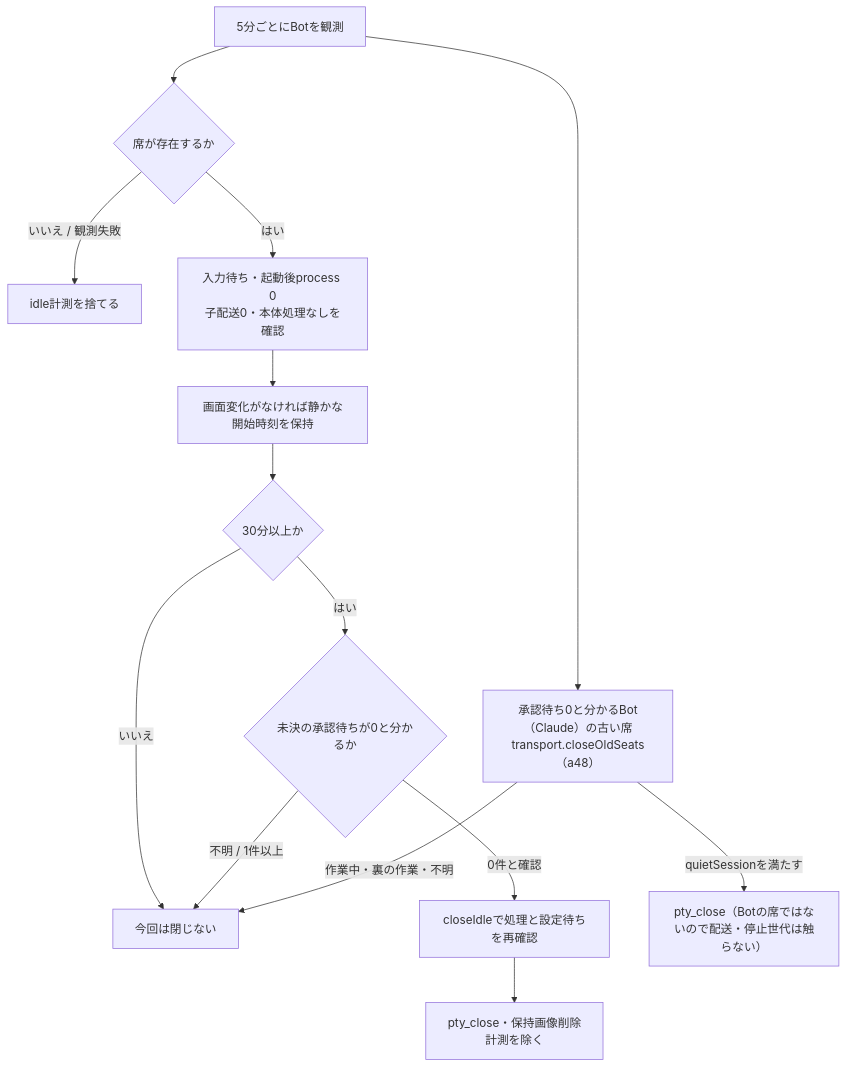
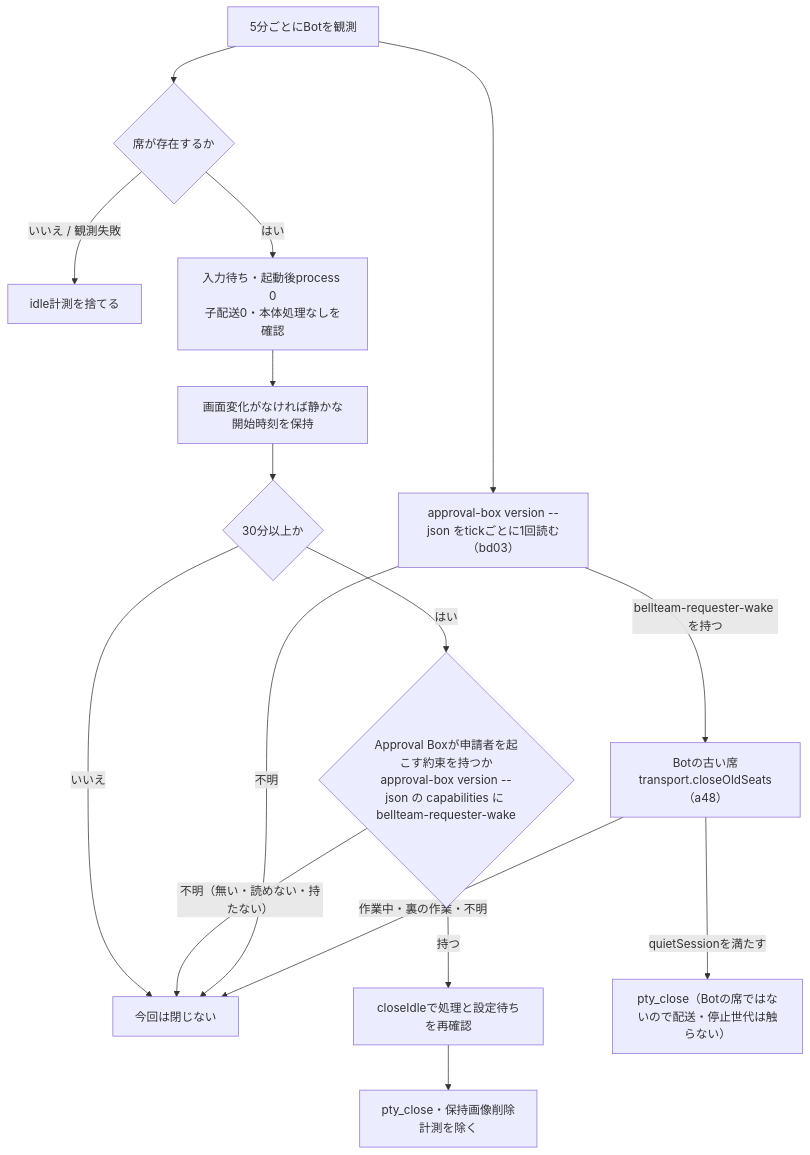
Before and after one commit to kitepon/BellTeam: the diagram in docs/architecture/observation-details.md, drawn with Mermaid. The commit also changed other lines of this file and 3 other files, not shown here.

First line of the commit message:
bd03: idle seats close on the Approval Box requester-wake contract, not on a process-tree guess

````diff
--- a/docs/architecture/observation-details.md
+++ b/docs/architecture/observation-details.md
@@ -15,16 +15,18 @@
 ```mermaid
 flowchart TD
   Poll["5分ごとにBotを観測"] --> Exists{"席が存在するか"}
   Exists -->|"いいえ / 観測失敗"| Reset["idle計測を捨てる"]
   Exists -->|"はい"| Quiet["入力待ち・起動後process 0<br/>子配送0・本体処理なしを確認"]
   Quiet --> Since["画面変化がなければ静かな開始時刻を保持"]
   Since --> Time{"30分以上か"}
   Time -->|"いいえ"| Keep["今回は閉じない"]
-  Time -->|"はい"| Approval{"未決の承認待ちが0と分かるか"}
-  Approval -->|"不明 / 1件以上"| Keep
-  Approval -->|"0件と確認"| Close["closeIdleで処理と設定待ちを再確認"]
+  Time -->|"はい"| Approval{"Approval Boxが申請者を起こす約束を持つか<br/>approval-box version --json の capabilities に bellteam-requester-wake"}
+  Approval -->|"不明（無い・読めない・持たない）"| Keep
+  Approval -->|"持つ"| Close["closeIdleで処理と設定待ちを再確認"]
   Close --> End["pty_close・保持画像削除<br/>計測を除く"]
-  Poll --> Old["承認待ち0と分かるBot（Claude）の古い席<br/>transport.closeOldSeats（a48）"]
+  Poll --> Wake["approval-box version --json をtickごとに1回読む（bd03）"]
+  Wake -->|"bellteam-requester-wake を持つ"| Old["Botの古い席<br/>transport.closeOldSeats（a48）"]
+  Wake -->|"不明"| Keep
   Old -->|"quietSessionを満たす"| OldClose["pty_close（Botの席ではないので配送・停止世代は触らない）"]
   Old -->|"作業中・裏の作業・不明"| Keep
 ```
````
